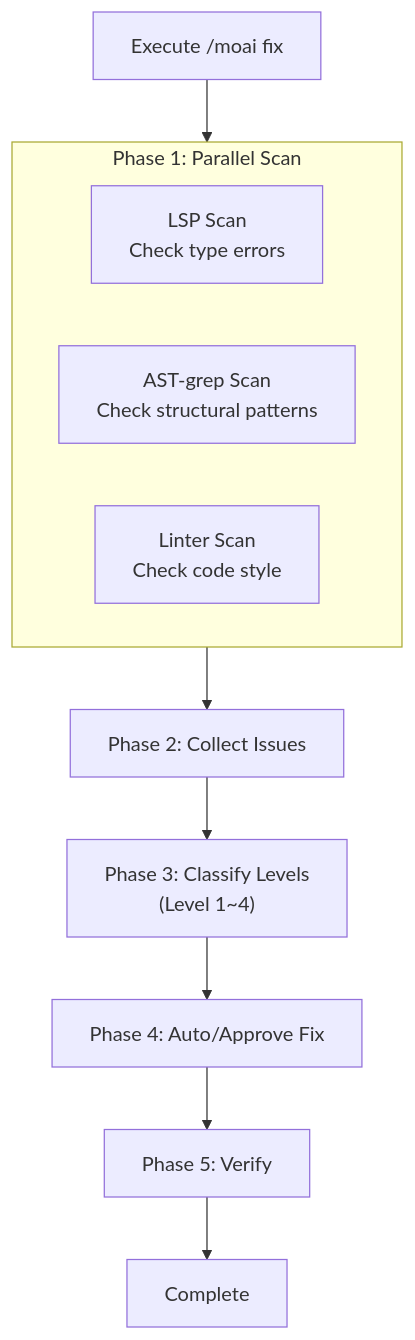
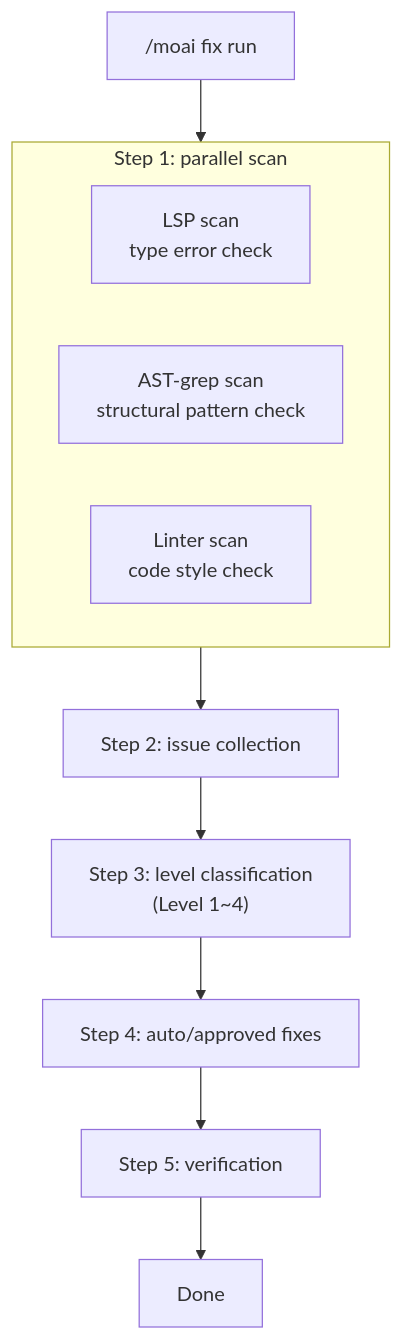
The first of 3 diagrams in docs-site/content/en/utility-commands/moai-fix.md (modu-ai/moai-adk), drawn with Mermaid before and after one commit. The commit also changed other lines of this file and 395 other files, not shown here.

````diff
--- a/docs-site/content/en/utility-commands/moai-fix.md
+++ b/docs-site/content/en/utility-commands/moai-fix.md
@@ -71,16 +71,16 @@
 ```mermaid
 flowchart TD
-    Start["Execute /moai fix"] --> Scan
+    Start["/moai fix run"] --> Scan
 
-    subgraph Scan["Phase 1: Parallel Scan"]
-        S1["LSP Scan<br/>Check type errors"]
-        S2["AST-grep Scan<br/>Check structural patterns"]
-        S3["Linter Scan<br/>Check code style"]
+    subgraph Scan["Step 1: parallel scan"]
+        S1["LSP scan<br/>type error check"]
+        S2["AST-grep scan<br/>structural pattern check"]
+        S3["Linter scan<br/>code style check"]
     end
 
-    Scan --> Collect["Phase 2: Collect Issues"]
-    Collect --> Classify["Phase 3: Classify Levels<br/>(Level 1~4)"]
-    Classify --> Fix["Phase 4: Auto/Approve Fix"]
-    Fix --> Verify["Phase 5: Verify"]
-    Verify --> Done["Complete"]
+    Scan --> Collect["Step 2: issue collection"]
+    Collect --> Classify["Step 3: level classification<br/>(Level 1~4)"]
+    Classify --> Fix["Step 4: auto/approved fixes"]
+    Fix --> Verify["Step 5: verification"]
+    Verify --> Done["Done"]
 ```
````
